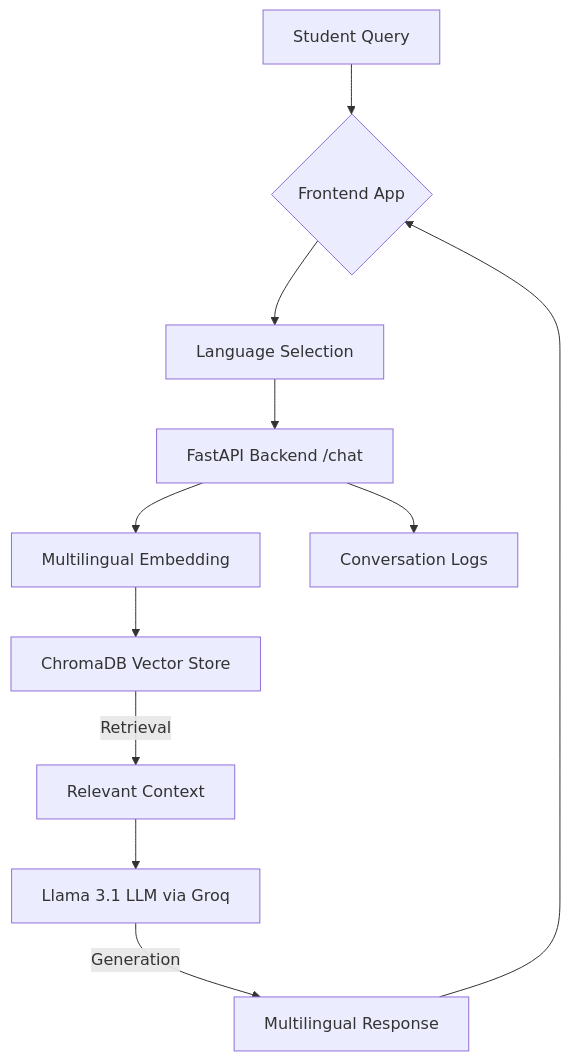
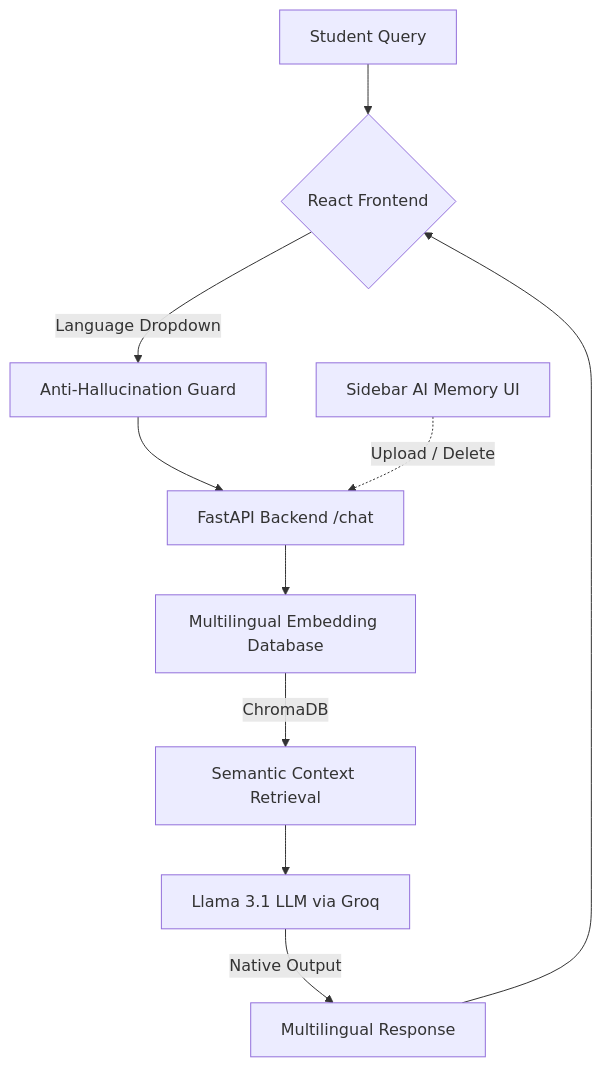
One commit to Anandakrishnan-VP/Language-agnostic-chatbot changed the diagram in README.md. Above: the diagram before and after it, drawn with Mermaid. The commit also changed other lines of this file and 7 other files, not shown here.

Commit message:
add dynamic PDF ingestion and strict anti-hallucination language guard

````diff
--- a/README.md
+++ b/README.md
@@ -17,13 +17,13 @@
 ```mermaid
 graph TD
-    A[Student Query] --> B{Frontend App}
-    B --> C[Language Selection]
+    A[Student Query] --> B{React Frontend}
+    B -- Language Dropdown --> C[Anti-Hallucination Guard]
     C --> D[FastAPI Backend /chat]
-    D --> E[Multilingual Embedding]
-    E --> F[ChromaDB Vector Store]
-    F -- Retrieval --> G[Relevant Context]
-    G --> H[Llama 3.1 LLM via Groq]
-    H -- Generation --> I[Multilingual Response]
-    I --> B
-    D --> J[Conversation Logs]
+    D --> E[Multilingual Embedding Database]
+    E -- ChromaDB --> F[Semantic Context Retrieval]
+    F --> G[Llama 3.1 LLM via Groq]
+    G -- Native Output --> H[Multilingual Response]
+    H --> B
+    
+    I[Sidebar AI Memory UI] -. Upload / Delete .-> D
 ```
````
